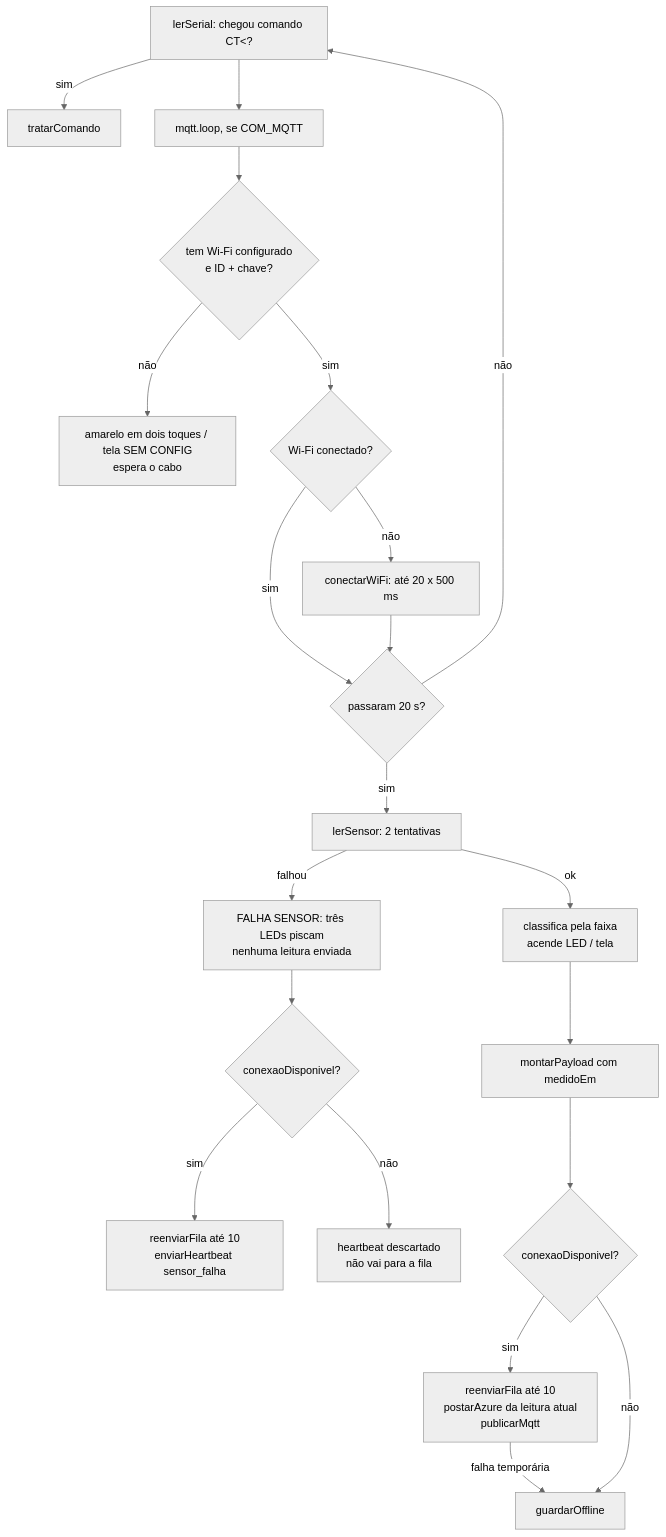
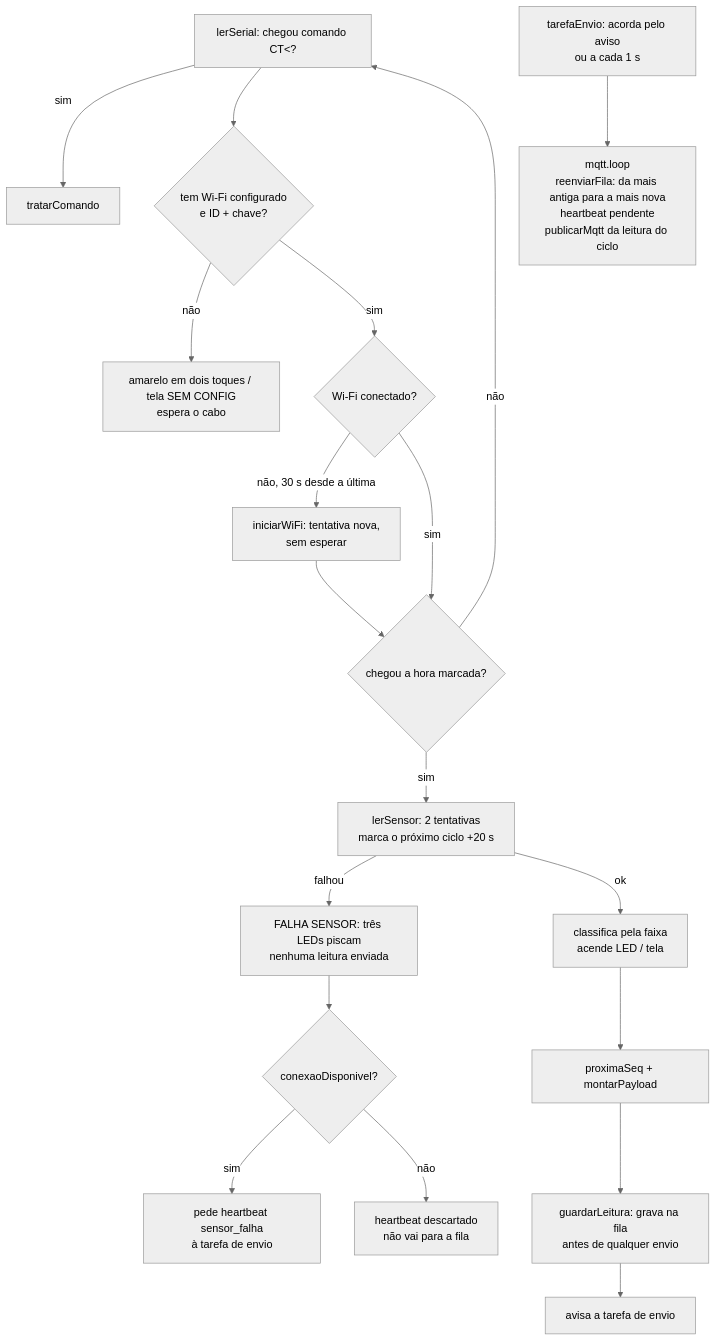
The second of 4 diagrams in docs/como-funciona.md (mbalbuquerque/projeto-integrador-4-periodo), drawn with Mermaid (neutral theme) before and after one commit. The commit also changed other lines of this file and 6 other files, not shown here.

````diff
--- a/docs/como-funciona.md
+++ b/docs/como-funciona.md
@@ -166,23 +178,21 @@
 ```mermaid
 flowchart TD
     A[lerSerial: chegou comando CT&lt;?] -->|sim| B[tratarComando]
-    A --> M[mqtt.loop, se COM_MQTT]
-    M --> C{tem Wi-Fi configurado<br/>e ID + chave?}
+    A --> C{tem Wi-Fi configurado<br/>e ID + chave?}
     C -->|não| D[amarelo em dois toques / tela SEM CONFIG<br/>espera o cabo]
     C -->|sim| E{Wi-Fi conectado?}
-    E -->|não| F[conectarWiFi: até 20 x 500 ms]
+    E -->|não, 30 s desde a última| F[iniciarWiFi: tentativa nova,<br/>sem esperar]
     E -->|sim| G
-    F --> G{passaram 20 s?}
+    F --> G{chegou a hora marcada?}
     G -->|não| A
-    G -->|sim| H[lerSensor: 2 tentativas]
+    G -->|sim| H[lerSensor: 2 tentativas<br/>marca o próximo ciclo +20 s]
     H -->|falhou| I[FALHA SENSOR: três LEDs piscam<br/>nenhuma leitura enviada]
     I --> P{conexaoDisponivel?}
-    P -->|sim| Q[reenviarFila até 10<br/>enviarHeartbeat sensor_falha]
+    P -->|sim| Q[pede heartbeat sensor_falha<br/>à tarefa de envio]
     P -->|não| R[heartbeat descartado<br/>não vai para a fila]
     H -->|ok| J[classifica pela faixa<br/>acende LED / tela]
-    J --> K[montarPayload com medidoEm]
-    K --> L{conexaoDisponivel?}
-    L -->|sim| N[reenviarFila até 10<br/>postarAzure da leitura atual<br/>publicarMqtt]
-    N -->|falha temporária| O[guardarOffline]
-    L -->|não| O
+    J --> K[proximaSeq + montarPayload]
+    K --> L[guardarLeitura: grava na fila<br/>antes de qualquer envio]
+    L --> S[avisa a tarefa de envio]
+    T[tarefaEnvio: acorda pelo aviso<br/>ou a cada 1 s] --> U[mqtt.loop<br/>reenviarFila: da mais antiga para a mais nova<br/>heartbeat pendente<br/>publicarMqtt da leitura do ciclo]
 ```
````
